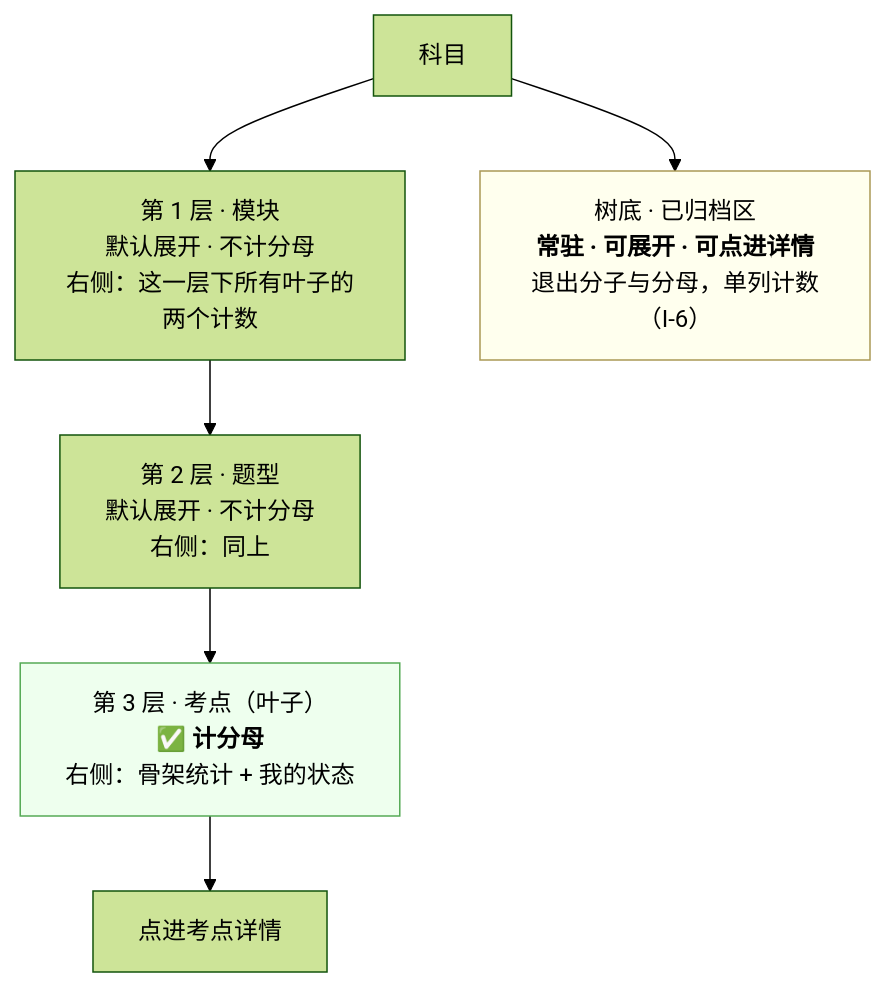
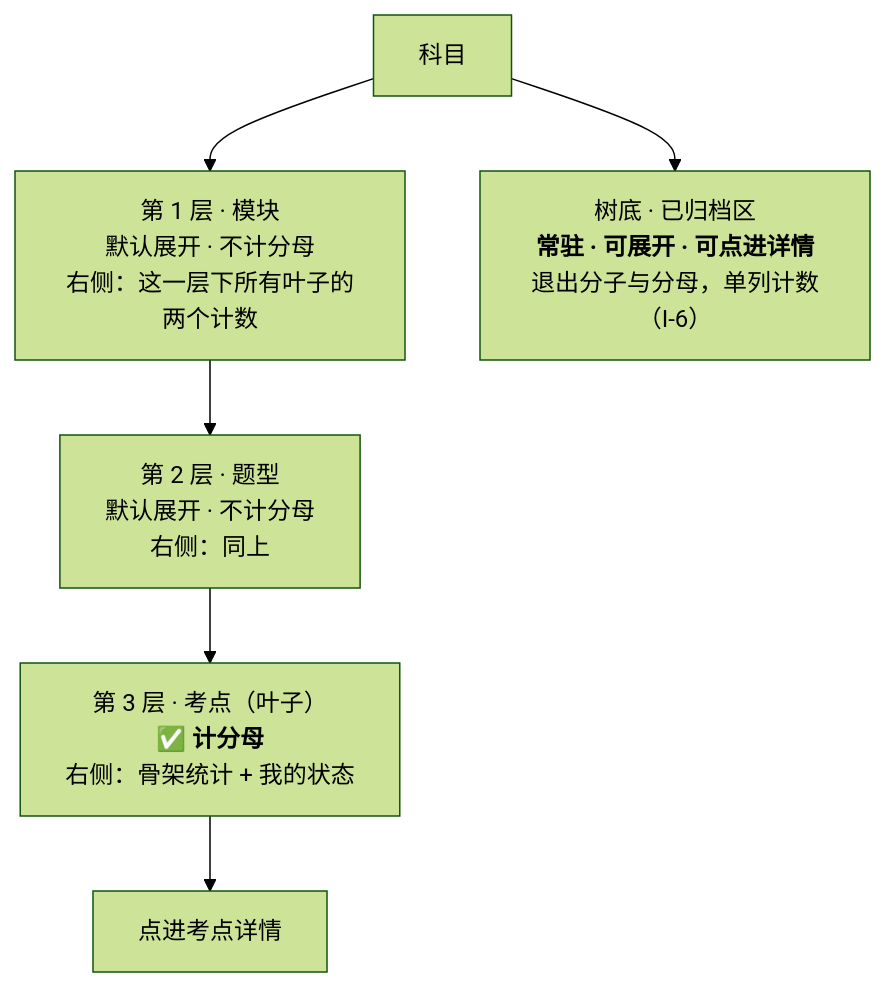
One commit to chenyuanjin/kubic changed the first of 2 diagrams in docs/product/modules/M3-盲区与覆盖度/U3.5-按章看全部与归档区.md. Above: the diagram before and after it, drawn with Mermaid (forest theme). The commit also changed 14 other files, not shown here.

First line of the commit message:
KUBI-76 终审第一批:M0-G2 落败方补齐 + TS-08 转录纠错 + 搜索端点残留 + 流程图去色

````diff
--- a/docs/product/modules/M3-盲区与覆盖度/U3.5-按章看全部与归档区.md
+++ b/docs/product/modules/M3-盲区与覆盖度/U3.5-按章看全部与归档区.md
@@ -29,11 +29,9 @@
 ```mermaid
 flowchart TD
     R["科目"] --> L1["第 1 层 · 模块<br/>默认展开 · 不计分母<br/>右侧：这一层下所有叶子的两个计数"]
     L1 --> L2["第 2 层 · 题型<br/>默认展开 · 不计分母<br/>右侧：同上"]
     L2 --> L3["第 3 层 · 考点（叶子）<br/><b>✅ 计分母</b><br/>右侧：骨架统计 + 我的状态"]
     L3 --> ND["点进考点详情"]
     R --> ARC["树底 · 已归档区<br/><b>常驻 · 可展开 · 可点进详情</b><br/>退出分子与分母，单列计数（I-6）"]
 
-    style L3 fill:#efe,stroke:#5a5
-    style ARC fill:#ffe,stroke:#a95
 ```
````
